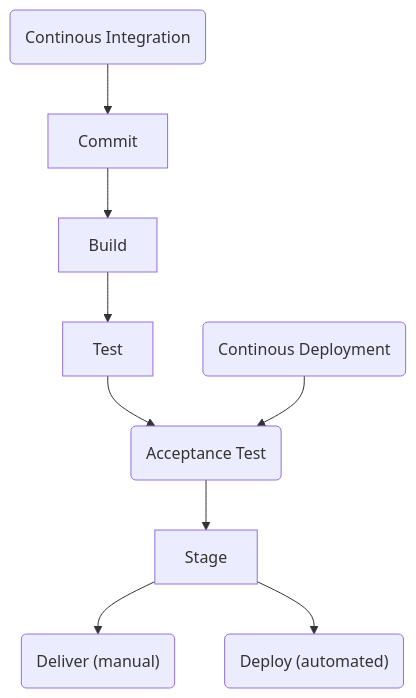
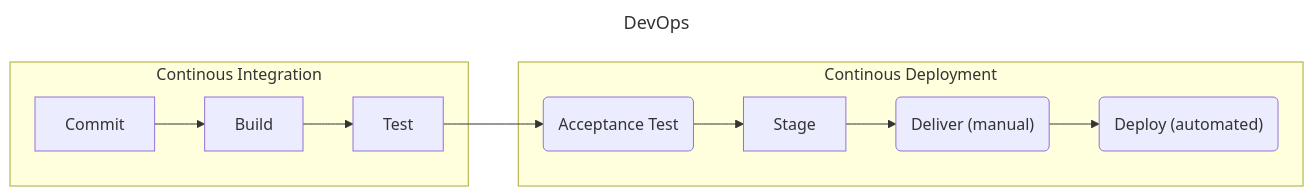
The diagram in devops/continuous-deployment.md (cyberphor/knowledge-base), drawn with Mermaid before and after one commit. The commit also changed 1 other file, not shown here.

Commit message:
Added Mermaid diagram

````diff
--- a/devops/continuous-deployment.md
+++ b/devops/continuous-deployment.md
@@ -16,11 +16,17 @@
 ```mermaid
-flowchart TD
-  ContinousIntegration("Continous Integration")
-    --> Commit
-    --> Build
-    --> Test --> AcceptanceTest("Acceptance Test")
-  ContinousDeployment("Continous Deployment")
-    --> AcceptanceTest
-    --> Stage --> Deliver("Deliver (manual)")
-    Stage --> Deploy("Deploy (automated)")
+---
+title: DevOps
+---
+flowchart LR
+  subgraph "Continous Integration"
+    Commit 
+    --> Build 
+    --> Test
+  end
+  subgraph "Continous Deployment"
+    AcceptanceTest("Acceptance Test") --> Stage 
+      --> Deliver("Deliver (manual)")
+      --> Deploy("Deploy (automated)")
+  end
+  Test --> AcceptanceTest
 ```
````
